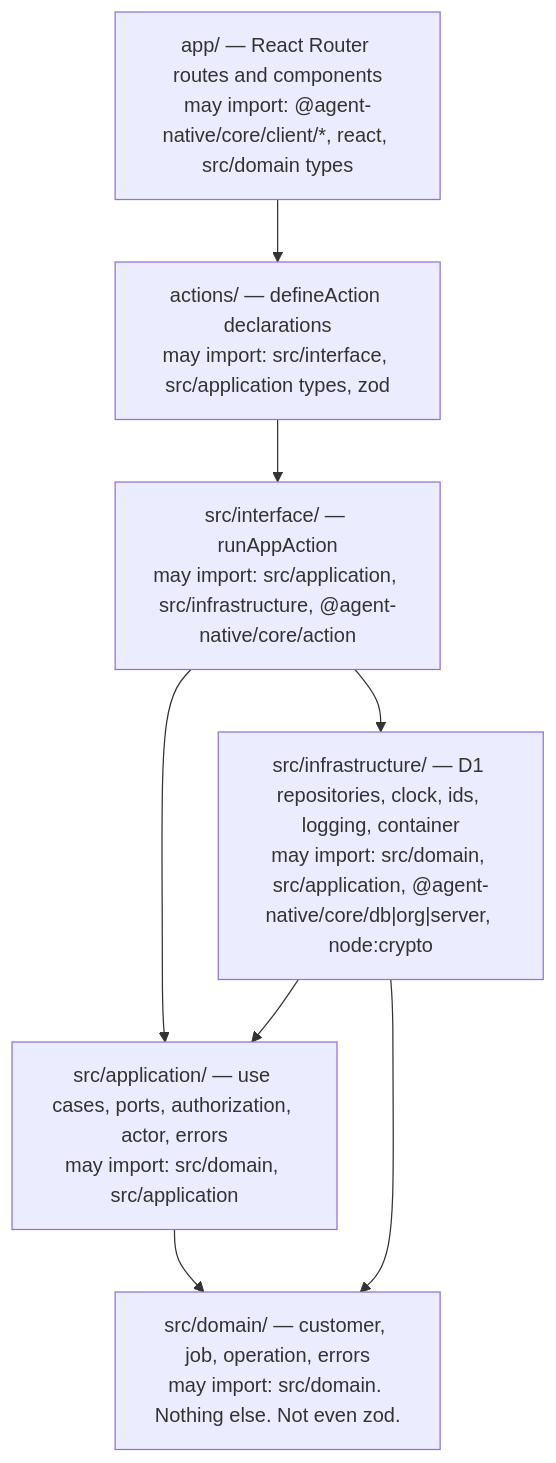
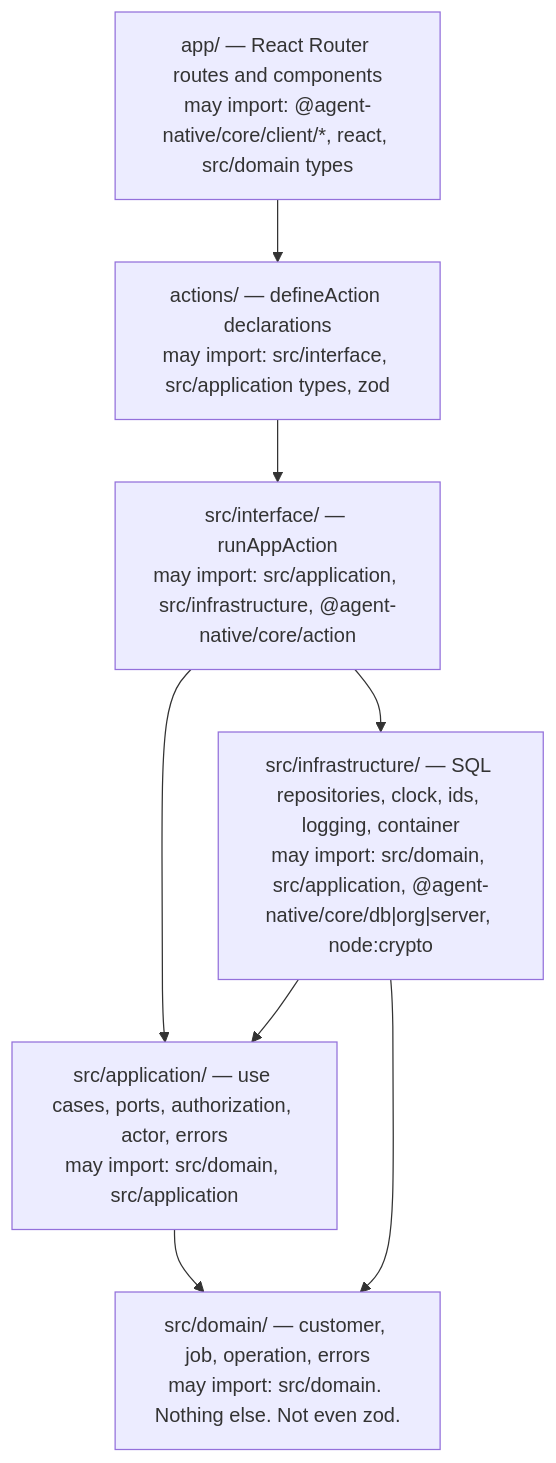
Before and after one commit to anbergem/agent-native-clever-cloud-starter: the seventh of 14 diagrams in ARCHITECTURE.md, drawn with Mermaid. The commit also changed other lines of this file and 15 other files, not shown here.

````diff
--- a/ARCHITECTURE.md
+++ b/ARCHITECTURE.md
@@ -307,17 +308,17 @@
 ```mermaid
 flowchart TB
   UI["app/ — React Router routes and components<br/>may import: @agent-native/core/client/*, react, src/domain types"]
   ACT["actions/ — defineAction declarations<br/>may import: src/interface, src/application types, zod"]
   INT["src/interface/ — runAppAction<br/>may import: src/application, src/infrastructure, @agent-native/core/action"]
   APP["src/application/ — use cases, ports, authorization, actor, errors<br/>may import: src/domain, src/application"]
   DOM["src/domain/ — customer, job, operation, errors<br/>may import: src/domain. Nothing else. Not even zod."]
-  INF["src/infrastructure/ — D1 repositories, clock, ids, logging, container<br/>may import: src/domain, src/application, @agent-native/core/db|org|server, node:crypto"]
+  INF["src/infrastructure/ — SQL repositories, clock, ids, logging, container<br/>may import: src/domain, src/application, @agent-native/core/db|org|server, node:crypto"]
 
   UI --> ACT
   ACT --> INT
   INT --> APP
   INT --> INF
   APP --> DOM
   INF --> APP
   INF --> DOM
 ```
````
